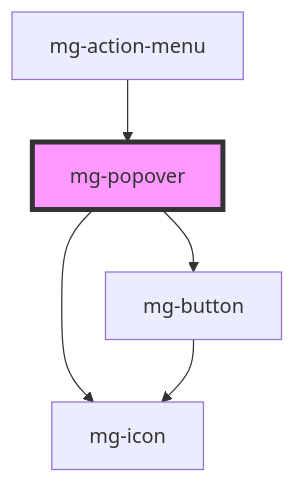
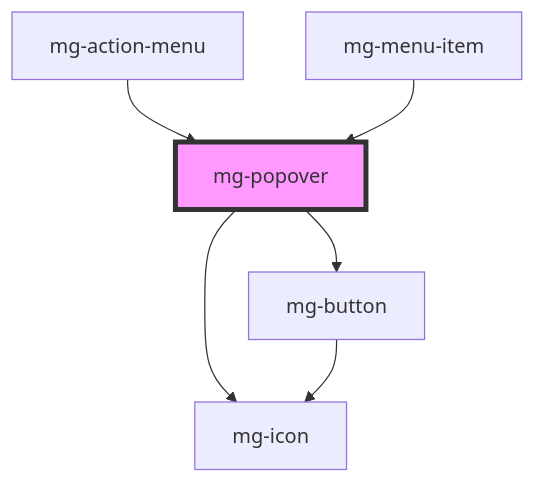
Before and after one commit to MGDIS/mg-components: the diagram in src/components/molecules/mg-popover/readme.md, drawn with Mermaid. The commit also changed other lines of this file and 35 other files, not shown here.

First line of the commit message:
feat(mgMenu): manage expended with popover in horizontal menu

````diff
--- a/src/components/molecules/mg-popover/readme.md
+++ b/src/components/molecules/mg-popover/readme.md
@@ -97,8 +99,9 @@
 ```mermaid
 graph TD;
   mg-popover --> mg-button
   mg-popover --> mg-icon
   mg-button --> mg-icon
   mg-action-menu --> mg-popover
+  mg-menu-item --> mg-popover
   style mg-popover fill:#f9f,stroke:#333,stroke-width:4px
 ```
````
